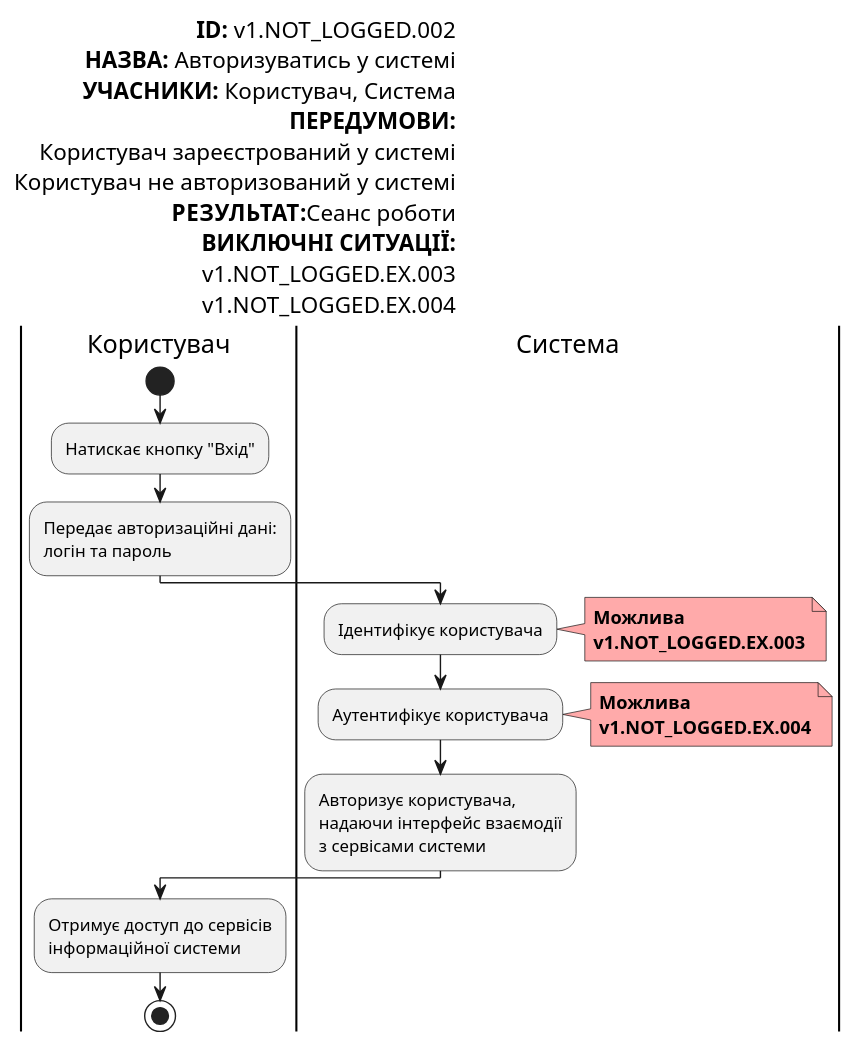
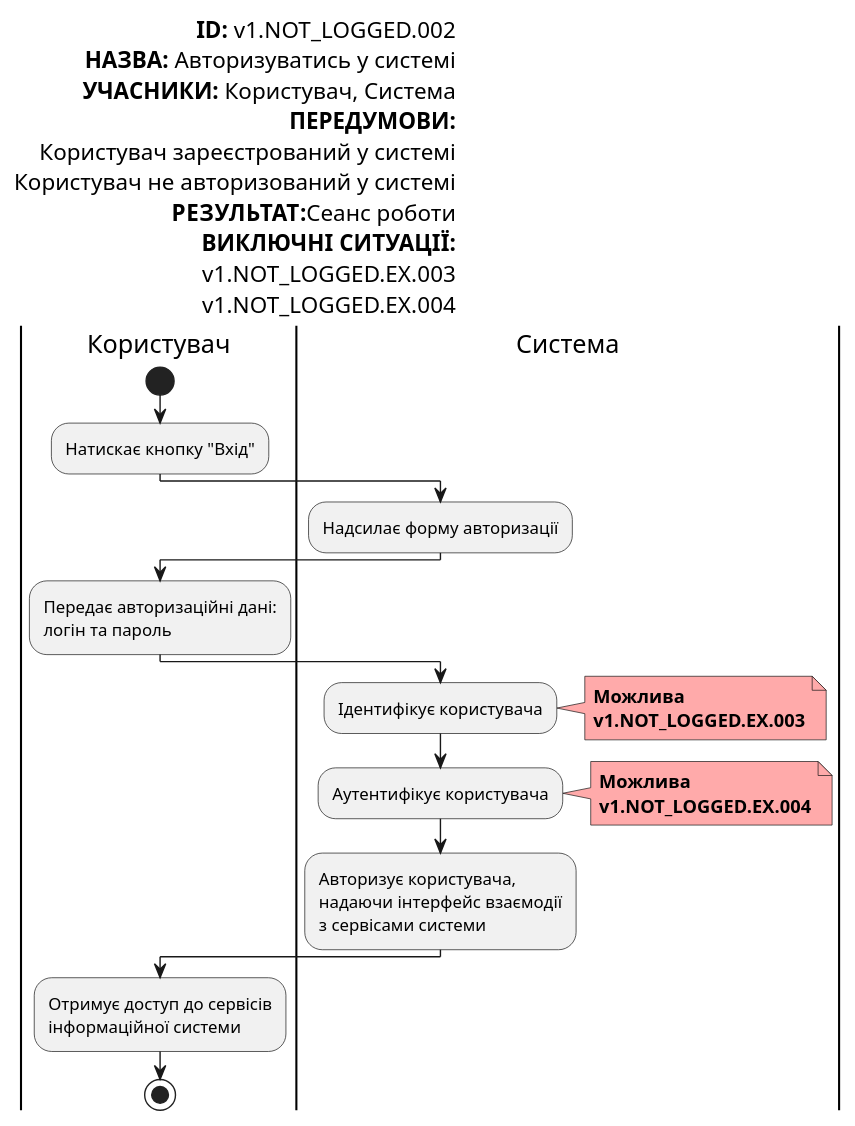
The sixth of 23 diagrams in docs/use-cases/README.md (gurug-prog/survey-expert), drawn with PlantUML before and after one commit. The commit also changed other lines of this file and 3 other files, not shown here.

Commit message:
Improve diagrams

```diff
--- a/docs/use-cases/README.md
+++ b/docs/use-cases/README.md
@@ -160,48 +166,55 @@
   @startuml
 
       left header
            <font color=000 size=16><b>ID:</b> v1.NOT_LOGGED.002
            <font color=000 size=16><b>НАЗВА:</b> Авторизуватись у системі
            <font color=000 size=16><b>УЧАСНИКИ:</b> Користувач, Система
            <font color=000 size=16><b>ПЕРЕДУМОВИ:</b>
            <font color=000 size=16>Користувач зареєстрований у системі
            <font color=000 size=16>Користувач не авторизований у системі
            <font color=000 size=16><b>РЕЗУЛЬТАТ:</b>Сеанс роботи
            <font color=000 size=16><b>ВИКЛЮЧНІ СИТУАЦІЇ:</b>
            <font color=000 size=16>v1.NOT_LOGGED.EX.003
            <font color=000 size=16>v1.NOT_LOGGED.EX.004
        end header
 
        |Користувач|
            start
            :Натискає кнопку "Вхід";
+        
+       |Система|
+
+           :Надсилає форму авторизації;
+
+       |Користувач|
+
            :Передає авторизаційні дані:
            логін та пароль;
 
        |Система|
            :Ідентифікує користувача;
 
            note right #ffaaaa
            <b>Можлива</b>
            <b>v1.NOT_LOGGED.EX.003</b>
            end note
 
            :Аутентифікує користувача;
 
            note right #ffaaaa
            <b>Можлива</b>
            <b>v1.NOT_LOGGED.EX.004</b>
            end note
 
            :Авторизує користувача,
            надаючи інтерфейс взаємодії
            з сервісами системи;
 
          |Користувач|
 
             :Отримує доступ до сервісів
             інформаційної системи;
 
             stop;
 
   @enduml
```
